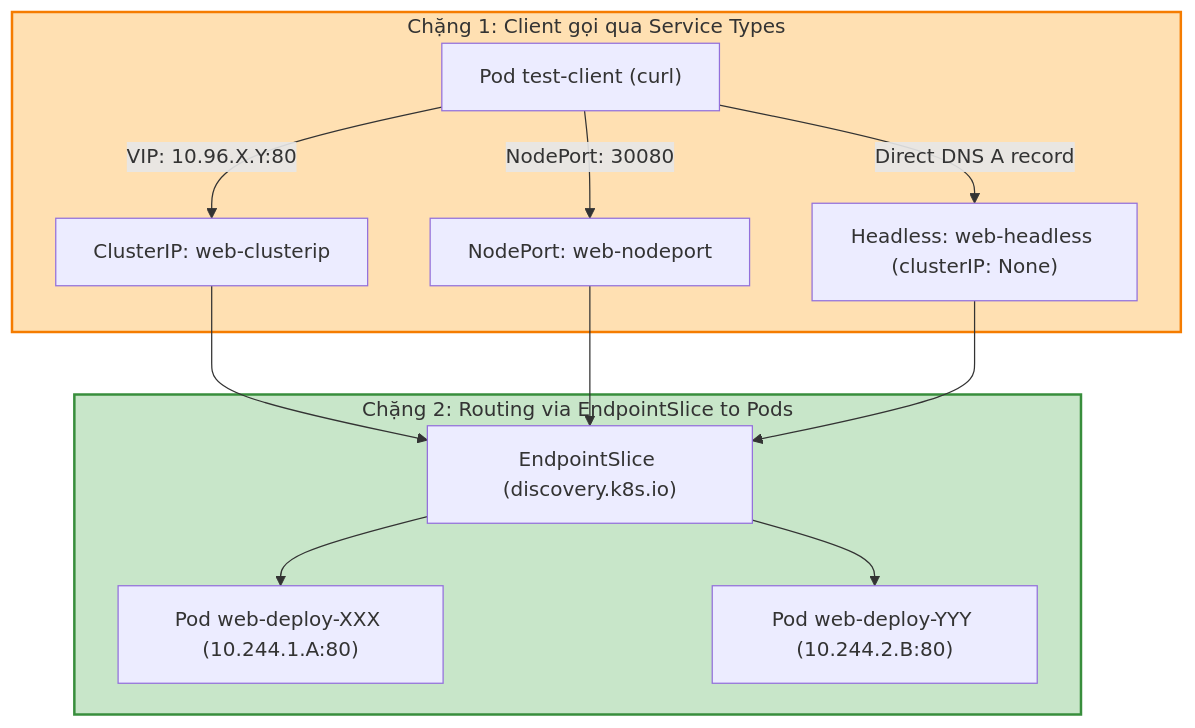
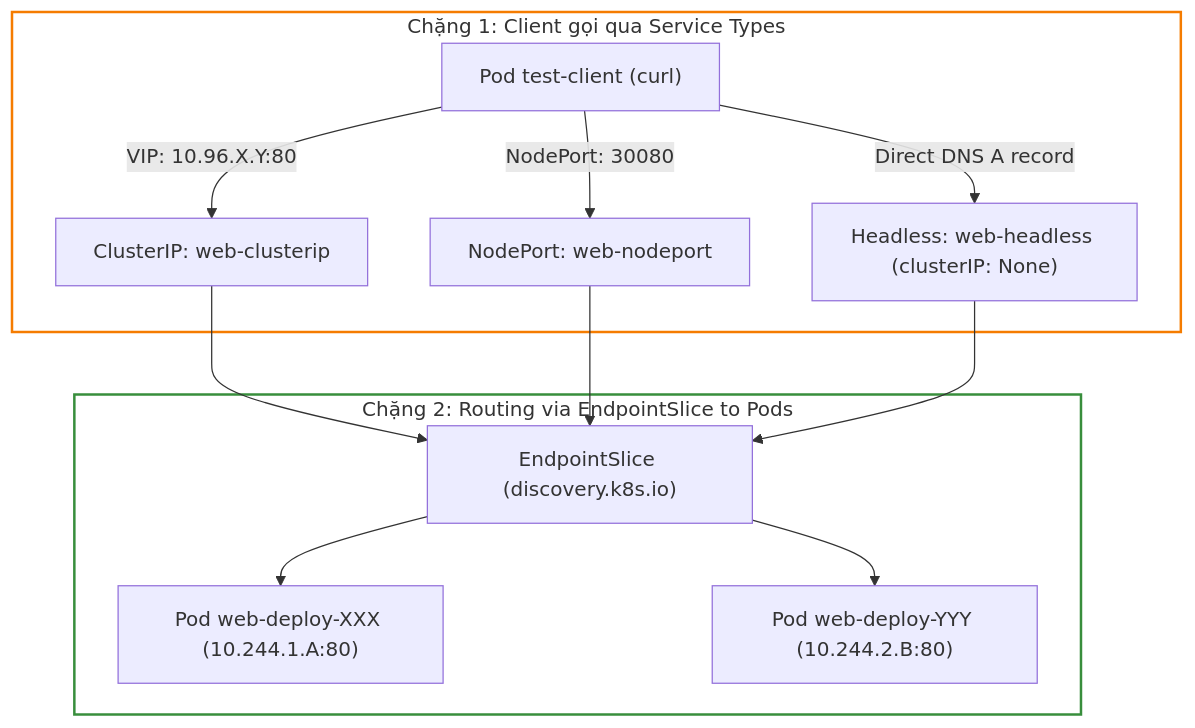
The third of 3 diagrams in _posts/2026-09-12-cka-22-22-service-va-kube-proxy.md (kiennt308/ntk), drawn with Mermaid before and after one commit. The commit also changed other lines of this file and 207 other files, not shown here.

Commit message:
feat(posts): batch standardize all 208 posts with TL;DR, qa-card accordion, fill:none mermaid, and liquid raw wrappers

````diff
--- a/_posts/2026-09-12-cka-22-22-service-va-kube-proxy.md
+++ b/_posts/2026-09-12-cka-22-22-service-va-kube-proxy.md
@@ -525,19 +529,19 @@
 ```mermaid
 graph TD
     subgraph Client_Access ["Chặng 1: Client gọi qua Service Types"]
         CLIENT["Pod test-client (curl)"] -->|VIP: 10.96.X.Y:80| CLUSTER_IP["ClusterIP: web-clusterip"]
         CLIENT -->|NodePort: 30080| NODE_PORT["NodePort: web-nodeport"]
         CLIENT -->|Direct DNS A record| HEADLESS["Headless: web-headless (clusterIP: None)"]
     end
 
     subgraph Backend_Pods ["Chặng 2: Routing via EndpointSlice to Pods"]
         CLUSTER_IP --> EPS["EndpointSlice (discovery.k8s.io)"]
         NODE_PORT --> EPS
         HEADLESS --> EPS
         EPS --> POD1["Pod web-deploy-XXX (10.244.1.A:80)"]
         EPS --> POD2["Pod web-deploy-YYY (10.244.2.B:80)"]
     end
 
-    style Client_Access fill:#ffe0b2,stroke:#f57c00,stroke-width:2px
-    style Backend_Pods fill:#c8e6c9,stroke:#388e3c,stroke-width:2px
+    style Client_Access fill:none,stroke:#f57c00,stroke-width:2px
+    style Backend_Pods fill:none,stroke:#388e3c,stroke-width:2px
 ```
````
